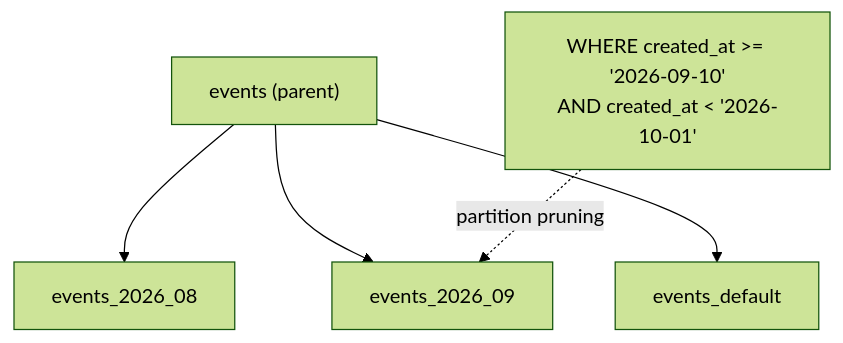
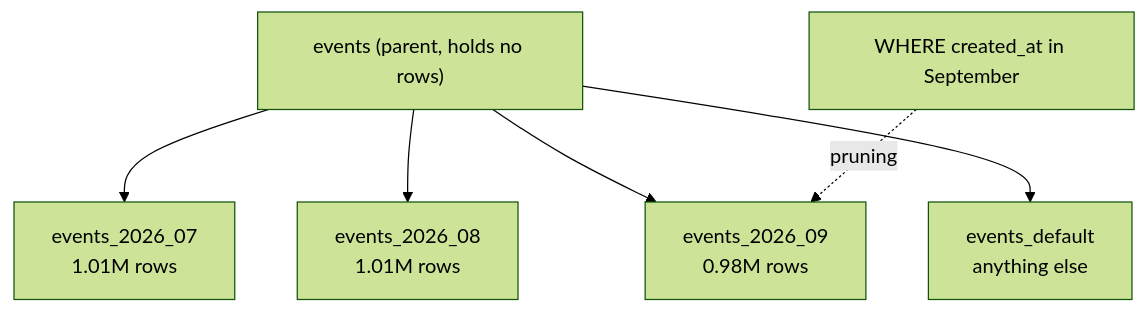
Before and after one commit to wesamkhateeb98-creator/postgresql-zero-to-hero: the first of 2 diagrams in Doc/08-ops-scaling/03-partitioning.md, drawn with Mermaid (forest theme). The commit also changed other lines of this file and 29 other files, not shown here.

````diff
--- a/Doc/08-ops-scaling/03-partitioning.md
+++ b/Doc/08-ops-scaling/03-partitioning.md
@@ -5,7 +5,8 @@
 ```mermaid
 flowchart TD
-    P["events (parent)"] --> A["events_2026_08"]
-    P --> B["events_2026_09"]
-    P --> C["events_default"]
-    Q["WHERE created_at >= '2026-09-10'<br/>AND created_at < '2026-10-01'"] -.->|"partition pruning"| B
+    P["events (parent, holds no rows)"] --> A["events_2026_07<br/>1.01M rows"]
+    P --> B["events_2026_08<br/>1.01M rows"]
+    P --> C["events_2026_09<br/>0.98M rows"]
+    P --> D["events_default<br/>anything else"]
+    Q["WHERE created_at in September"] -.->|"pruning"| C
 ```
````
